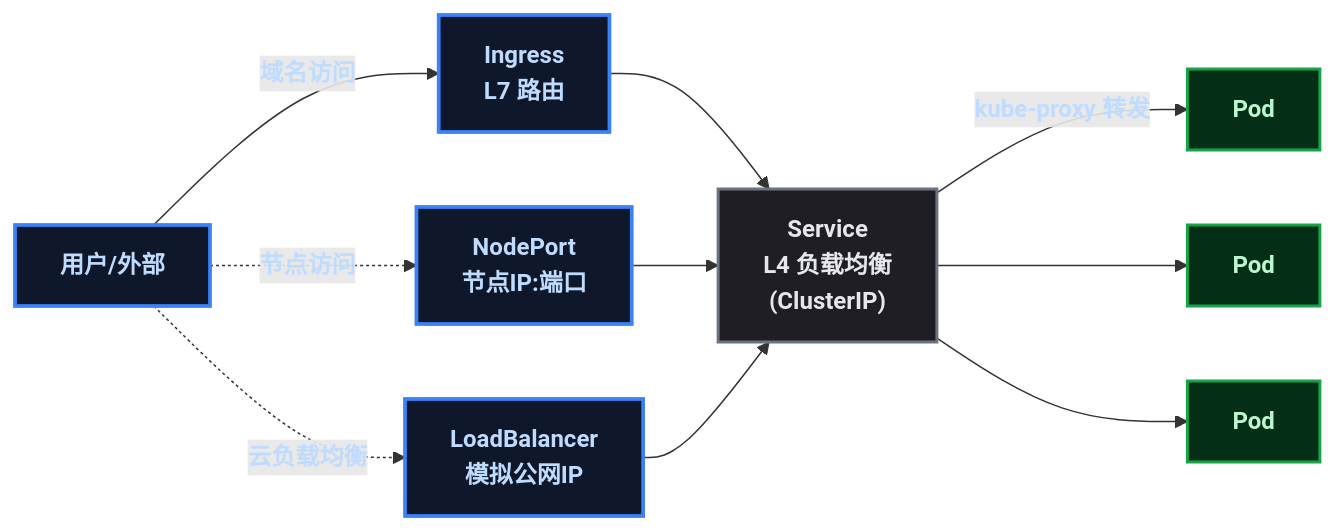
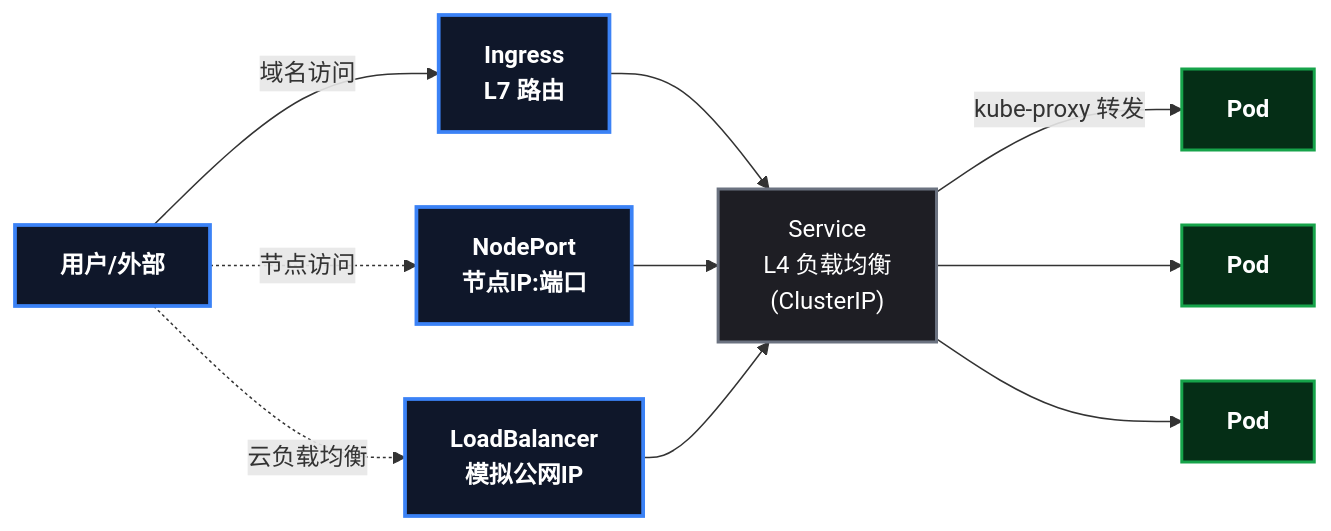
The first of 2 diagrams in content/posts/kubernetes/K8sServiceIngressPractice.md (yaocat55/yaocat55.github.io), drawn with Mermaid before and after one commit. The commit also changed other lines of this file and 27 other files, not shown here.

Commit message:
docs: 全系列 93 张 Mermaid 图 classDef 改为 style 强制深底白字(修复部分渲染器白底浅字)+历史文件格式清理

````diff
--- a/content/posts/kubernetes/K8sServiceIngressPractice.md
+++ b/content/posts/kubernetes/K8sServiceIngressPractice.md
@@ -60,18 +60,20 @@
 ```mermaid
 flowchart LR
     U["用户/外部"] -->|"域名访问"| IG["Ingress\nL7 路由"]
     U -.->|"节点访问"| NP["NodePort\n节点IP:端口"]
     U -.->|"云负载均衡"| LB["LoadBalancer\n模拟公网IP"]
     IG --> SV["Service\nL4 负载均衡\n(ClusterIP)"]
     NP --> SV
     LB --> SV
     SV -->|"kube-proxy 转发"| P1["Pod"]
     SV --> P2["Pod"]
     SV --> P3["Pod"]
-    classDef root fill:#0f172a,stroke:#3b82f6,stroke-width:2.5px,color:#bfdbfe,font-weight:bold;
-    classDef process fill:#1e1e24,stroke:#6b7280,stroke-width:2px,color:#e5e7eb;
-    classDef data fill:#052e16,stroke:#16a34a,stroke-width:2px,color:#bbf7d0,font-weight:bold;
-    class U,IG,NP,LB root;
-    class SV process;
-    class P1,P2,P3 data;
+    style U fill:#0f172a,stroke:#3b82f6,stroke-width:2.5px,color:#ffffff,font-weight:bold
+    style IG fill:#0f172a,stroke:#3b82f6,stroke-width:2.5px,color:#ffffff,font-weight:bold
+    style NP fill:#0f172a,stroke:#3b82f6,stroke-width:2.5px,color:#ffffff,font-weight:bold
+    style LB fill:#0f172a,stroke:#3b82f6,stroke-width:2.5px,color:#ffffff,font-weight:bold
+    style SV fill:#1e1e24,stroke:#6b7280,stroke-width:2px,color:#ffffff
+    style P1 fill:#052e16,stroke:#16a34a,stroke-width:2px,color:#ffffff,font-weight:bold
+    style P2 fill:#052e16,stroke:#16a34a,stroke-width:2px,color:#ffffff,font-weight:bold
+    style P3 fill:#052e16,stroke:#16a34a,stroke-width:2px,color:#ffffff,font-weight:bold
 ```
````
